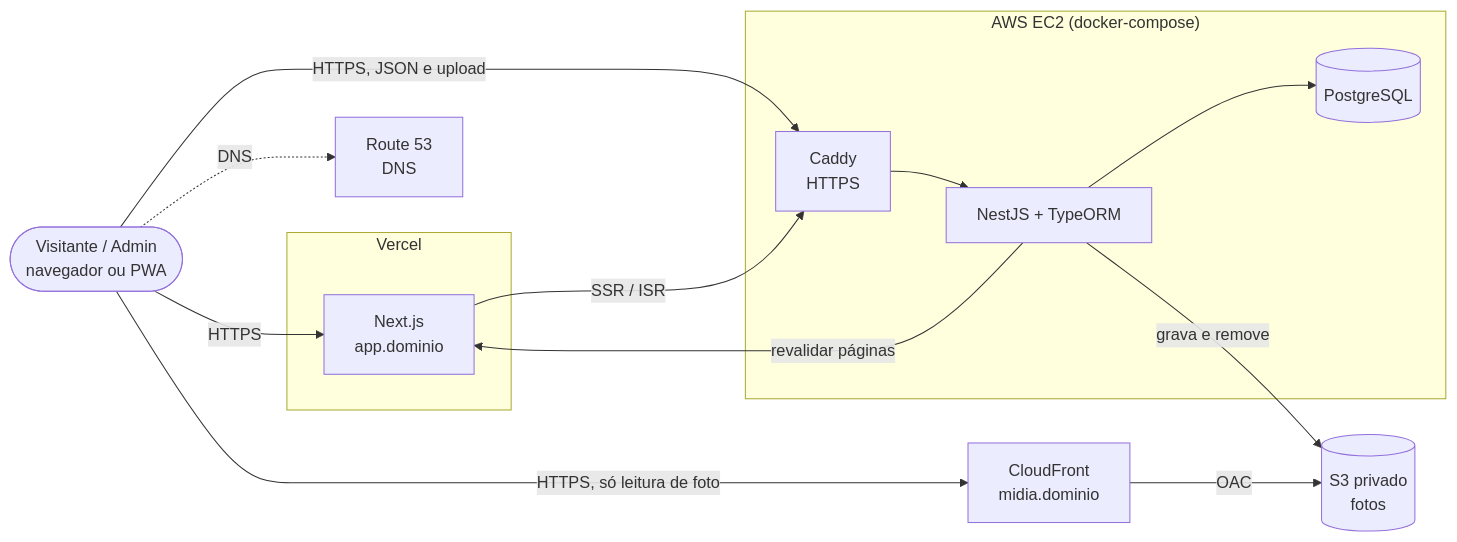
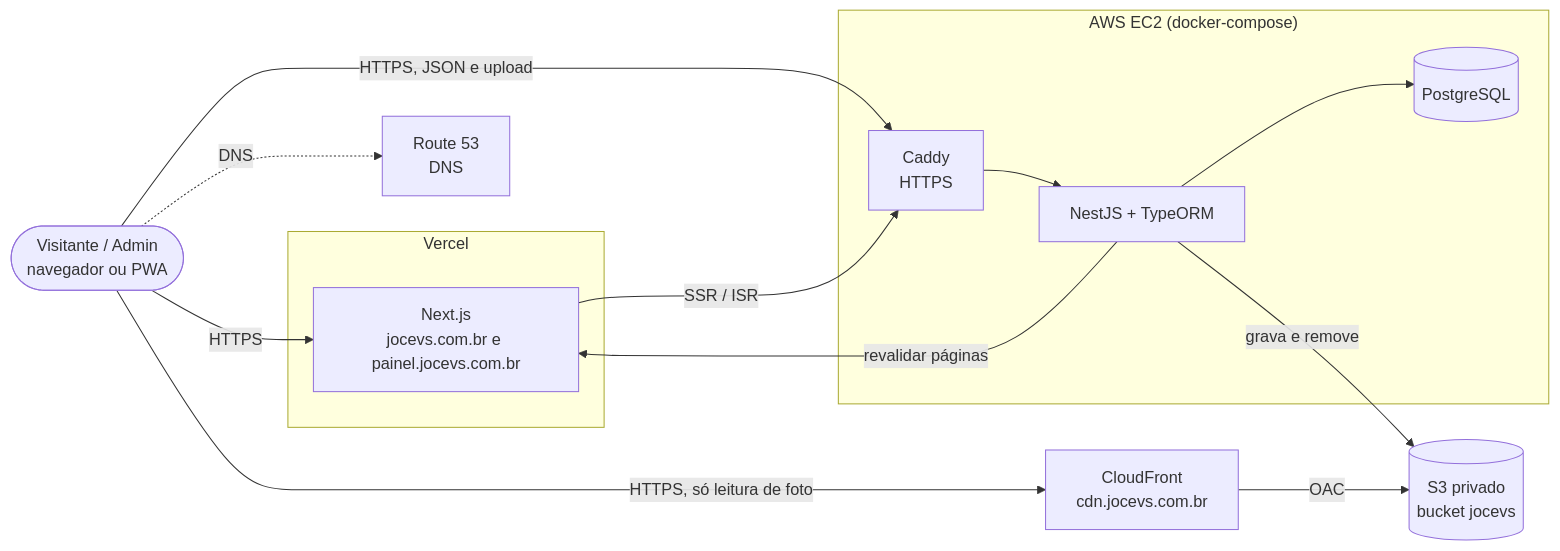
One commit to devLuanPaiva/festividade-vicosa changed the diagram in core/06-arquitetura.md. Above: the diagram before and after it, drawn with Mermaid. The commit also changed other lines of this file and 3 other files, not shown here.

Commit message:
docs(core): document the jocevs domains, bucket layout and aws

````diff
--- a/core/06-arquitetura.md
+++ b/core/06-arquitetura.md
@@ -6,26 +6,26 @@
 ```mermaid
 flowchart LR
   U([Visitante / Admin<br/>navegador ou PWA])
   R53[Route 53<br/>DNS]
   subgraph Vercel
-    WEB[Next.js<br/>app.dominio]
+    WEB[Next.js<br/>jocevs.com.br e painel.jocevs.com.br]
   end
   subgraph EC2["AWS EC2 (docker-compose)"]
     PX[Caddy<br/>HTTPS]
     API[NestJS + TypeORM]
     DB[(PostgreSQL)]
   end
-  CF[CloudFront<br/>midia.dominio]
-  S3[(S3 privado<br/>fotos)]
+  CF[CloudFront<br/>cdn.jocevs.com.br]
+  S3[(S3 privado<br/>bucket jocevs)]
 
   U -.->|DNS| R53
   U -->|HTTPS| WEB
   U -->|HTTPS, JSON e upload| PX
   U -->|HTTPS, só leitura de foto| CF
   PX --> API
   WEB -->|SSR / ISR| PX
   API --> DB
   API -->|grava e remove| S3
   CF -->|OAC| S3
   API -->|revalidar páginas| WEB
 ```
````
